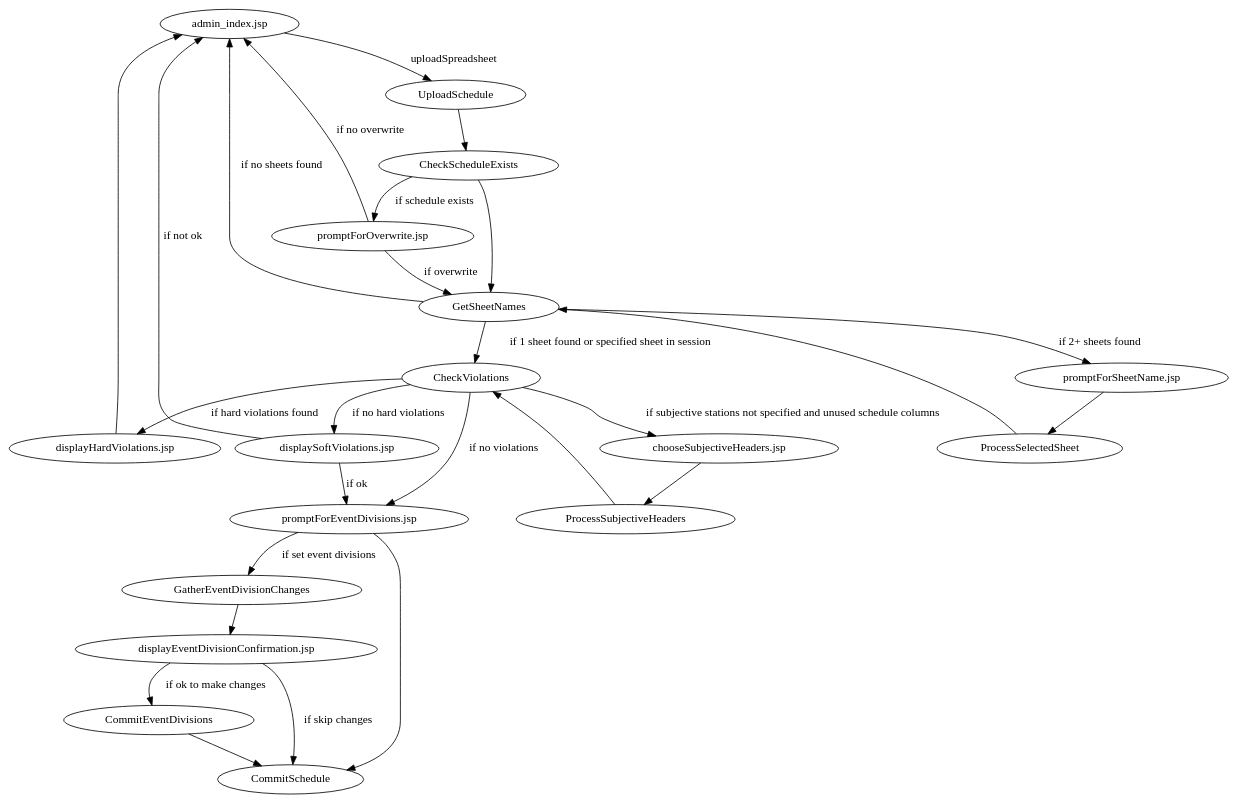
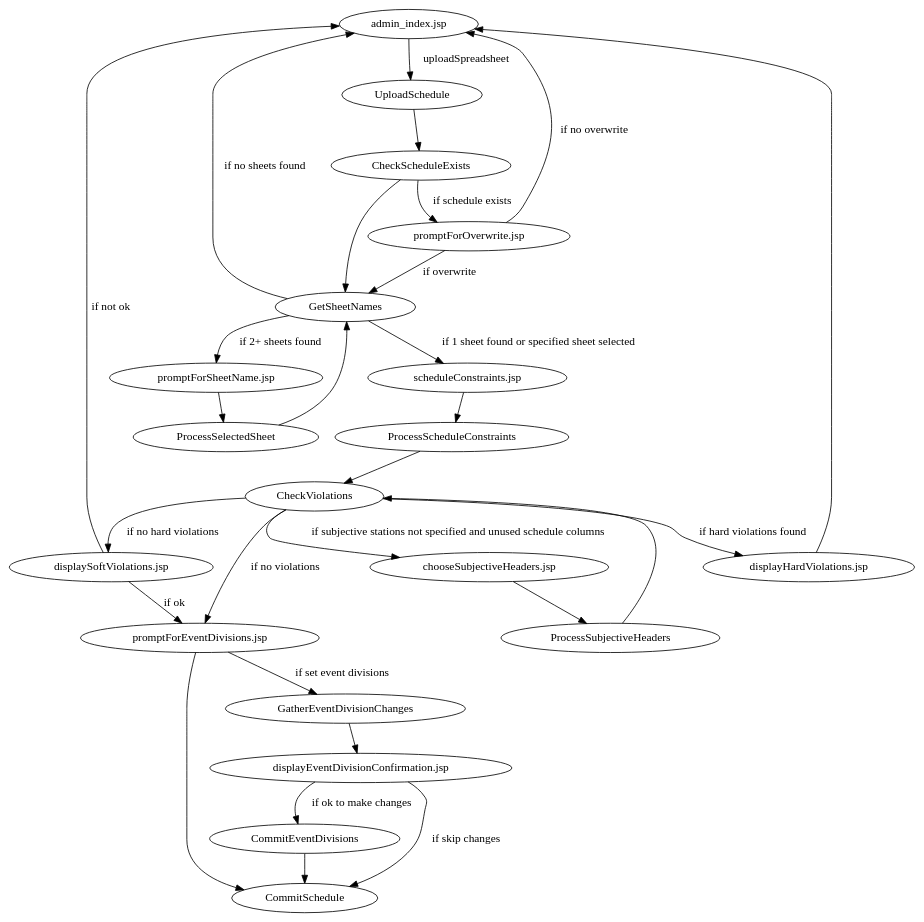
Before and after one commit to jpschewe/fll-sw: the diagram in scoring/docs/workflows/upload-schedule.dot, drawn with Graphviz. The commit also changed 4 other files, not shown here.

First line of the commit message:
Add setting of some scheduling constraints to the upload schedule process

```diff
--- a/scoring/docs/workflows/upload-schedule.dot
+++ b/scoring/docs/workflows/upload-schedule.dot
@@ -1,43 +1,46 @@
 digraph UploadSchedule {
 
 "admin_index.jsp" -> UploadSchedule [label="uploadSpreadsheet"];
 
 UploadSchedule -> CheckScheduleExists;
 
 CheckScheduleExists -> "promptForOverwrite.jsp" [label="if schedule exists"];
 
 "promptForOverwrite.jsp" -> GetSheetNames [label="if overwrite"];
 "promptForOverwrite.jsp" -> "admin_index.jsp" [label="if no overwrite"];
 
 CheckScheduleExists -> GetSheetNames;
 
 GetSheetNames -> "admin_index.jsp" [label="if no sheets found"];
-GetSheetNames -> CheckViolations [label="if 1 sheet found or specified sheet in session"];
 GetSheetNames -> "promptForSheetName.jsp" [label="if 2+ sheets found"];
+GetSheetNames -> "scheduleConstraints.jsp" [label="if 1 sheet found or specified sheet selected"];
 
 "promptForSheetName.jsp" -> ProcessSelectedSheet;
 ProcessSelectedSheet -> GetSheetNames;
+
+"scheduleConstraints.jsp" -> ProcessScheduleConstraints;
+ProcessScheduleConstraints -> CheckViolations;
 
 CheckViolations -> "promptForEventDivisions.jsp" [label="if no violations"];
 CheckViolations -> "displayHardViolations.jsp" [label="if hard violations found"];
 CheckViolations -> "displaySoftViolations.jsp" [label="if no hard violations"];
 
 CheckViolations -> "chooseSubjectiveHeaders.jsp" [label="if subjective stations not specified and unused schedule columns"];
 "chooseSubjectiveHeaders.jsp" -> ProcessSubjectiveHeaders;
 ProcessSubjectiveHeaders -> CheckViolations;
 
 "displayHardViolations.jsp" -> "admin_index.jsp";
 
 "displaySoftViolations.jsp" -> "promptForEventDivisions.jsp" [label="if ok"];
 "displaySoftViolations.jsp" -> "admin_index.jsp" [label="if not ok"];
 
 "promptForEventDivisions.jsp" -> GatherEventDivisionChanges [label="if set event divisions"];
 "promptForEventDivisions.jsp" -> CommitSchedule;
 
 GatherEventDivisionChanges -> "displayEventDivisionConfirmation.jsp";
 
 "displayEventDivisionConfirmation.jsp" -> CommitEventDivisions [label="if ok to make changes"];
 "displayEventDivisionConfirmation.jsp" -> CommitSchedule [label="if skip changes"];
 CommitEventDivisions -> CommitSchedule
 
 }
```
